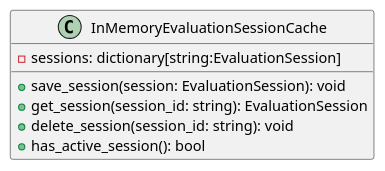
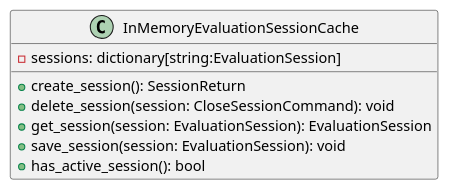
Before and after one commit to GroupRubberDuck/Documentazione: the diagram in src/PB/DocumentazioneEsterna/Specifica_Tecnica/content/uml/puml/Diagrammi_classi/Backend/OutboundAdapters/InMemoryEvaluationSessionCache.puml, drawn with PlantUML. The commit also changed 28 other files, not shown here.

```diff
--- a/src/PB/DocumentazioneEsterna/Specifica_Tecnica/content/uml/puml/Diagrammi_classi/Backend/OutboundAdapters/InMemoryEvaluationSessionCache.puml
+++ b/src/PB/DocumentazioneEsterna/Specifica_Tecnica/content/uml/puml/Diagrammi_classi/Backend/OutboundAdapters/InMemoryEvaluationSessionCache.puml
@@ -1,11 +1,12 @@
 @startuml InMemoryEvaluationSessionCache
 
 class InMemoryEvaluationSessionCache {
     - sessions: dictionary[string:EvaluationSession]
+    + create_session(): SessionReturn
+    + delete_session(session: CloseSessionCommand): void
+    + get_session(session: EvaluationSession): EvaluationSession
     + save_session(session: EvaluationSession): void
-    + get_session(session_id: string): EvaluationSession
-    + delete_session(session_id: string): void
     + has_active_session(): bool
 }
 
 @enduml
```
